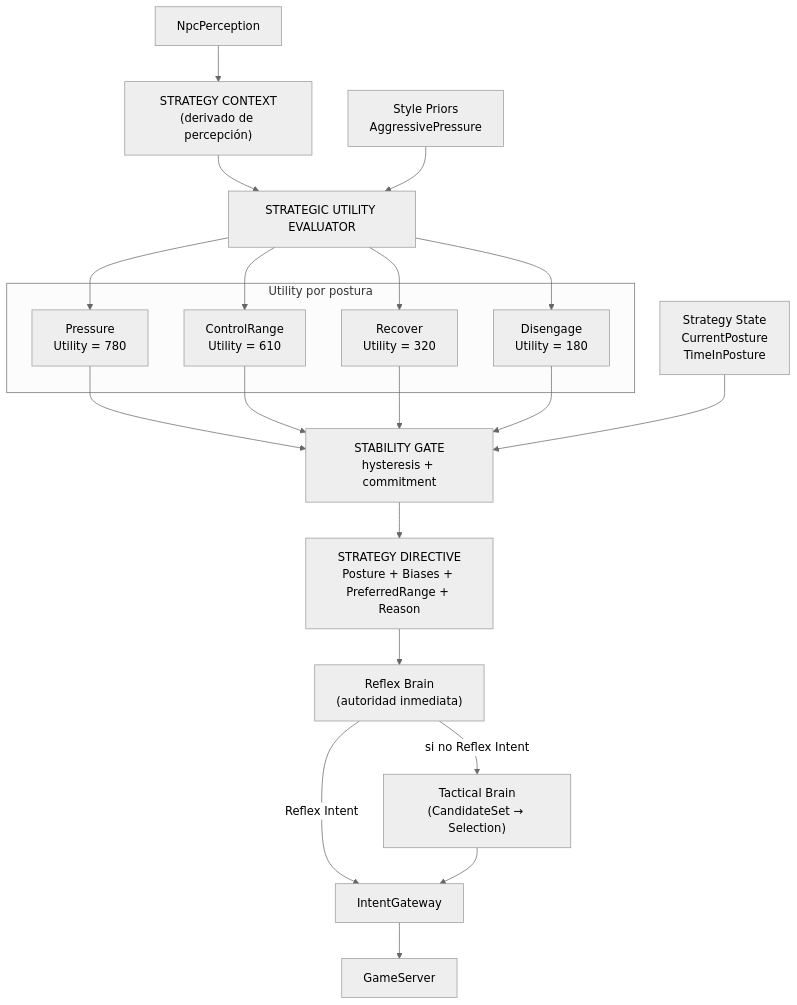
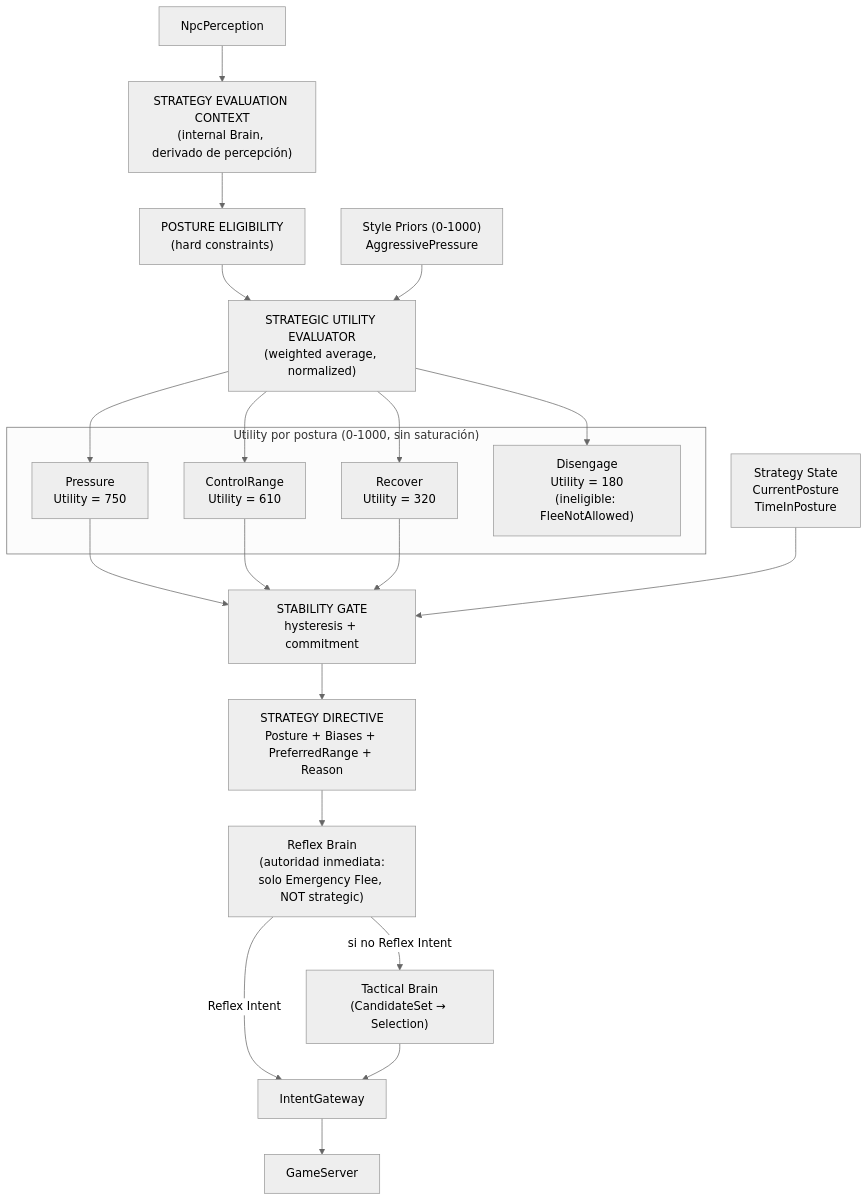
One commit to Oravlalesco/l2dn-server changed the diagram in L2Dn/Documentation/Architecture/Roadmap/01b_Fase_4B5_Stateful_Strategic_Utility.md. Above: the diagram before and after it, drawn with Mermaid (neutral theme). The commit also changed other lines of this file and 6 other files, not shown here.

Commit message:
docs(npc-ai): expand Phase 4B.5 criteria, posture utilities, and acceptance testing matrix

````diff
--- a/L2Dn/Documentation/Architecture/Roadmap/01b_Fase_4B5_Stateful_Strategic_Utility.md
+++ b/L2Dn/Documentation/Architecture/Roadmap/01b_Fase_4B5_Stateful_Strategic_Utility.md
@@ -101,34 +72,34 @@
 ```mermaid
 flowchart TD
-    PERCEP["NpcPerception"] --> CTX["STRATEGY CONTEXT\n(derivado de percepción)"]
+    PERCEP["NpcPerception"] --> CTX["STRATEGY EVALUATION CONTEXT\n(internal Brain, derivado de percepción)"]
 
-    CTX --> EVAL["STRATEGIC UTILITY EVALUATOR"]
+    CTX --> ELIG["POSTURE ELIGIBILITY\n(hard constraints)"]
+    ELIG --> EVAL["STRATEGIC UTILITY EVALUATOR\n(weighted average, normalized)"]
 
-    subgraph "Utility por postura"
-        PRESS["Pressure\nUtility = 780"]
+    subgraph "Utility por postura (0-1000, sin saturación)"
+        PRESS["Pressure\nUtility = 750"]
         CTRL["ControlRange\nUtility = 610"]
         RECOV["Recover\nUtility = 320"]
-        DISEN["Disengage\nUtility = 180"]
+        DISEN["Disengage\nUtility = 180\n(ineligible: FleeNotAllowed)"]
     end
 
     EVAL --> PRESS
     EVAL --> CTRL
     EVAL --> RECOV
     EVAL --> DISEN
 
     PRESS --> GATE["STABILITY GATE\nhysteresis + commitment"]
     CTRL --> GATE
     RECOV --> GATE
-    DISEN --> GATE
 
-    STYLE["Style Priors\nAggressivePressure"] --> EVAL
+    STYLE["Style Priors (0-1000)\nAggressivePressure"] --> EVAL
     STATE["Strategy State\nCurrentPosture\nTimeInPosture"] --> GATE
 
     GATE --> DIR["STRATEGY DIRECTIVE\nPosture + Biases + PreferredRange + Reason"]
 
-    DIR --> REFLEX["Reflex Brain\n(autoridad inmediata)"]
+    DIR --> REFLEX["Reflex Brain\n(autoridad inmediata:\nsolo Emergency Flee, NOT strategic)"]
     REFLEX -->|"si no Reflex Intent"| TACT["Tactical Brain\n(CandidateSet → Selection)"]
     REFLEX -->|"Reflex Intent"| GW["IntentGateway"]
     TACT --> GW
     GW --> GS["GameServer"]
 ```
````
